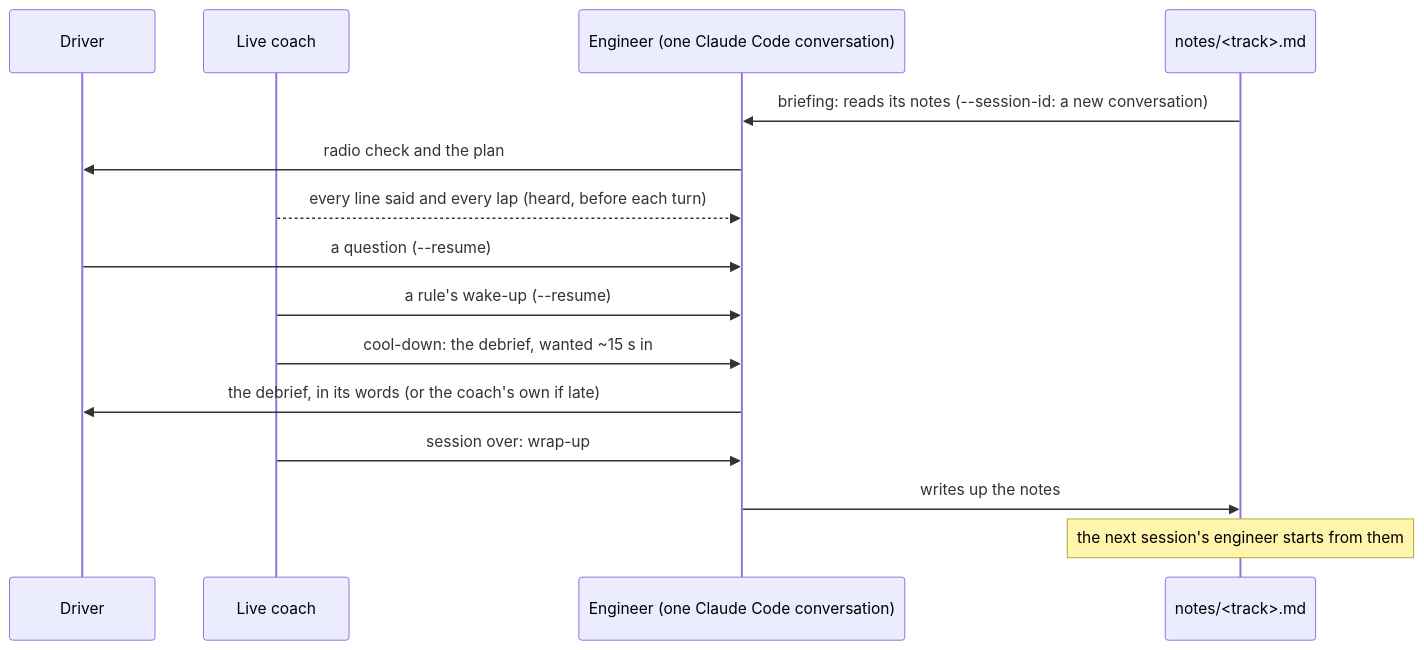
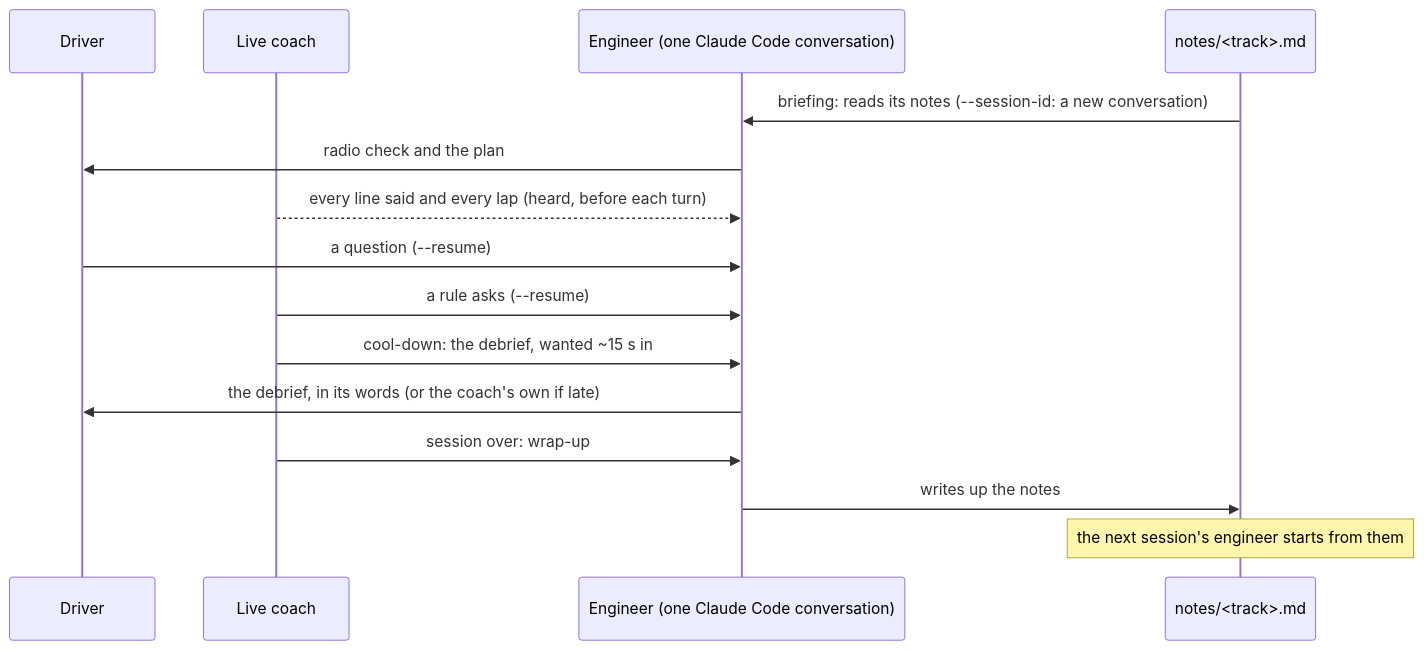
The third of 3 diagrams in ARCHITECTURE.md (VedantVarshney14/iracing-agent), drawn with Mermaid before and after one commit. The commit also changed other lines of this file and 29 other files, not shown here.

````diff
--- a/ARCHITECTURE.md
+++ b/ARCHITECTURE.md
@@ -446,17 +444,17 @@
 ```mermaid
 sequenceDiagram
     participant D as Driver
     participant L as Live coach
     participant E as Engineer (one Claude Code conversation)
     participant N as notes/<track>.md
     N->>E: briefing: reads its notes (--session-id: a new conversation)
     E->>D: radio check and the plan
     L-->>E: every line said and every lap (heard, before each turn)
     D->>E: a question (--resume)
-    L->>E: a rule's wake-up (--resume)
+    L->>E: a rule asks (--resume)
     L->>E: cool-down: the debrief, wanted ~15 s in
     E->>D: the debrief, in its words (or the coach's own if late)
     L->>E: session over: wrap-up
     E->>N: writes up the notes
     Note over N: the next session's engineer starts from them
 ```
````
